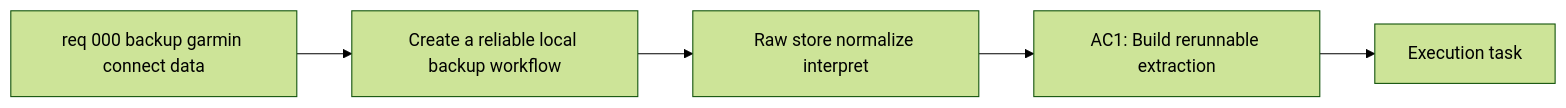
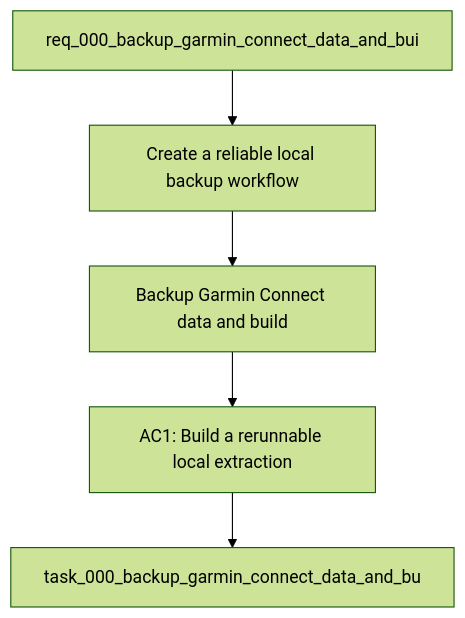
The diagram in logics/backlog/item_000_backup_garmin_connect_data_and_build_first_interpretation_layer.md (Jilanos/Coach_garmin), drawn with Mermaid (forest theme) before and after one commit. The commit also changed other lines of this file and 86 other files, not shown here.

Commit message:
Harden chart UX and UTF-8 handling

````diff
--- a/logics/backlog/item_000_backup_garmin_connect_data_and_build_first_interpretation_layer.md
+++ b/logics/backlog/item_000_backup_garmin_connect_data_and_build_first_interpretation_layer.md
@@ -28,9 +28,9 @@
 ```mermaid
 %% logics-kind: backlog
 %% logics-signature: backlog|backup-garmin-connect-data-and-build-fir|req-000-backup-garmin-connect-data-and-b|create-a-reliable-local-backup-workflow|ac1-build-a-rerunnable-local-extraction
-flowchart LR
-    Request[req 000 backup garmin connect data] --> Problem[Create a reliable local backup workflow]
-    Problem --> Scope[Raw store normalize interpret]
-    Scope --> Acceptance[AC1: Build rerunnable extraction]
-    Acceptance --> Tasks[Execution task]
+flowchart TD
+    Request[req_000_backup_garmin_connect_data_and_bui] --> Problem[Create a reliable local backup workflow]
+    Problem --> Scope[Backup Garmin Connect data and build]
+    Scope --> Acceptance[AC1: Build a rerunnable local extraction]
+    Acceptance --> Tasks[task_000_backup_garmin_connect_data_and_bu]
 ```
````
